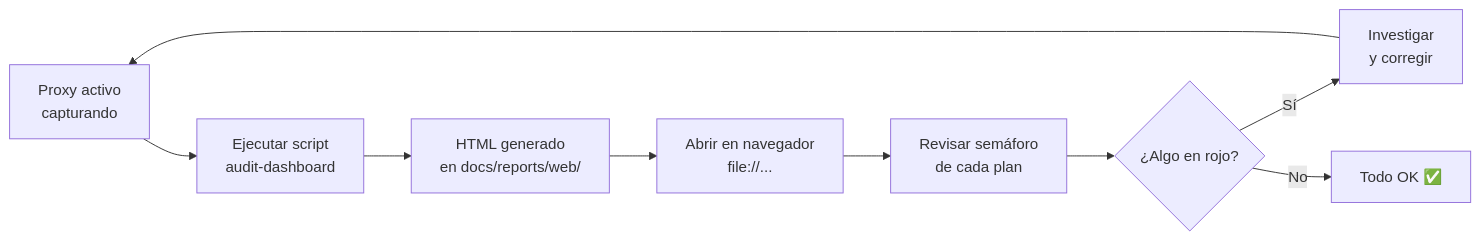
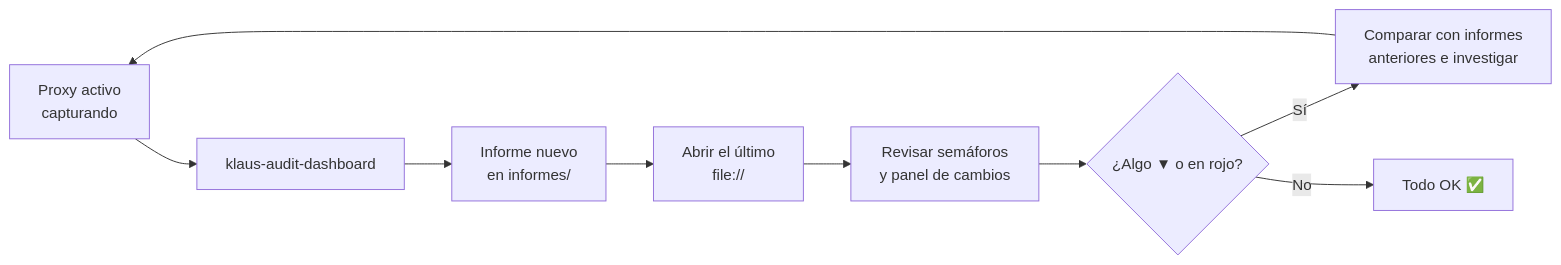
Before and after one commit to Ka0s-Klaus/klaus-proxy-local: the diagram in docs/reports/web/README.md, drawn with Mermaid. The commit also changed other lines of this file and 16 other files, not shown here.

````diff
--- a/docs/reports/web/README.md
+++ b/docs/reports/web/README.md
@@ -62,11 +89,11 @@
 ```mermaid
 flowchart LR
-    A[Proxy activo\ncapturando] --> B[Ejecutar script\naudit-dashboard]
-    B --> C[HTML generado\nen docs/reports/web/]
-    C --> D[Abrir en navegador\nfile://...]
-    D --> E[Revisar semáforo\nde cada plan]
-    E --> F{¿Algo en rojo?}
-    F -->|Sí| G[Investigar\ny corregir]
+    A[Proxy activo\ncapturando] --> B[klaus-audit-dashboard]
+    B --> C[Informe nuevo\nen informes/]
+    C --> D[Abrir el último\nfile://]
+    D --> E[Revisar semáforos\ny panel de cambios]
+    E --> F{¿Algo ▼ o en rojo?}
+    F -->|Sí| G[Comparar con informes\nanteriores e investigar]
     F -->|No| H[Todo OK ✅]
     G --> A
 ```
````
